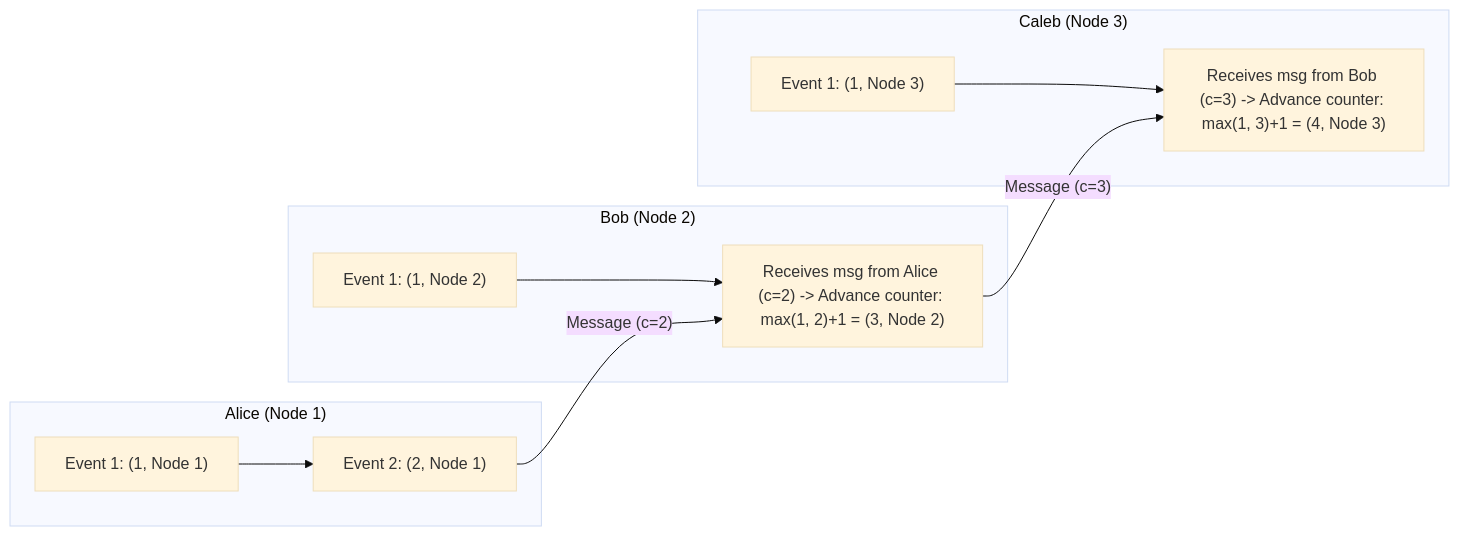
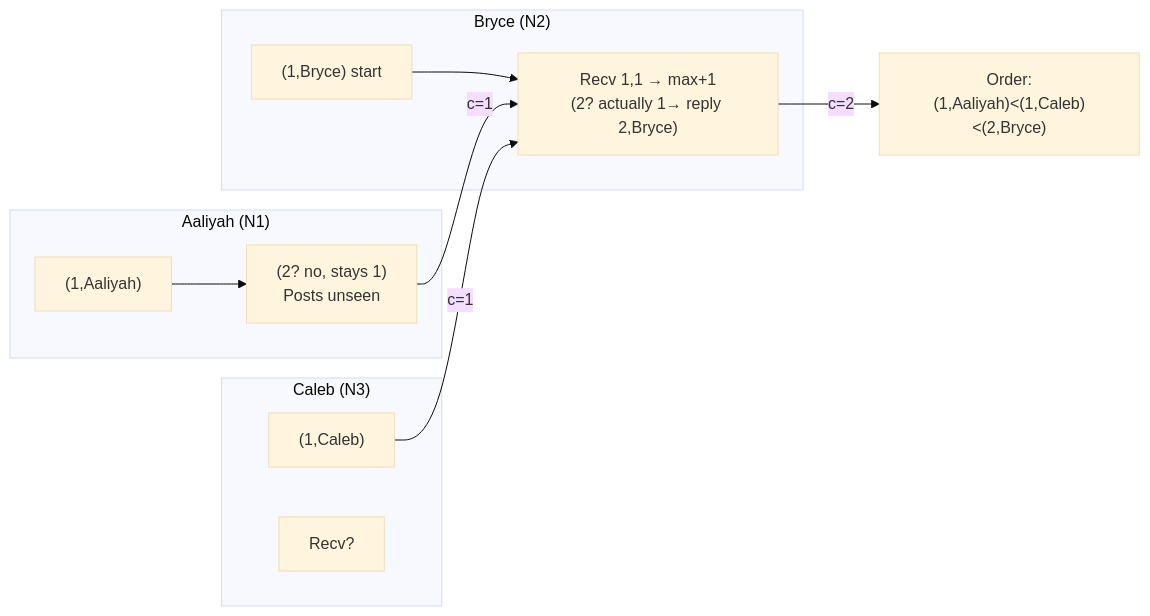
Before and after one commit to 1mimhe/books-summery: the ninth of 10 diagrams in 01 Designing Data-Intensive Applications/chapter-10-consistency-and-consensus.md, drawn with Mermaid (base theme). The commit also changed other lines of this file and 2 other files, not shown here.

Commit message:
docs(book01): forensic rewrite ch08-10 (14 txn figs+XSSI, fig 9-5/Byzantine, IDs/UUID consensus)

````diff
--- a/01 Designing Data-Intensive Applications/chapter-10-consistency-and-consensus.md
+++ b/01 Designing Data-Intensive Applications/chapter-10-consistency-and-consensus.md
@@ -358,23 +380,20 @@
 ```mermaid
 flowchart LR
-  subgraph ALICE["Alice (Node 1)"]
-    A1["Event 1: (1, Node 1)"]
-    A2["Event 2: (2, Node 1)"]
+  subgraph A["Aaliyah (N1)"]
+    A1["(1,Aaliyah)"]
+    A2["(2? no, stays 1)<br/>Posts unseen"]
     A1 --> A2
   end
-
-  subgraph BOB["Bob (Node 2)"]
-    B1["Event 1: (1, Node 2)"]
-    B2["Receives msg from Alice (c=2) -> Advance counter: max(1, 2)+1 = (3, Node 2)"]
+  subgraph B["Bryce (N2)"]
+    B1["(1,Bryce) start"]
+    B2["Recv 1,1 → max+1<br/>(2? actually 1→ reply 2,Bryce)"]
     B1 --> B2
   end
-
-  subgraph CALEB["Caleb (Node 3)"]
-    C1["Event 1: (1, Node 3)"]
-    C2["Receives msg from Bob (c=3) -> Advance counter: max(1, 3)+1 = (4, Node 3)"]
-    C1 --> C2
+  subgraph C["Caleb (N3)"]
+    C1["(1,Caleb)"]
+    C2["Recv?"]
   end
-
-  A2 -->|"Message (c=2)"| B2
-  B2 -->|"Message (c=3)"| C2
+  A2 -->|"c=1"| B2
+  C1 -->|"c=1"| B2
+  B2 -->|"c=2"| R["Order:<br/>(1,Aaliyah)<(1,Caleb)<(2,Bryce)"]
 ```
````
